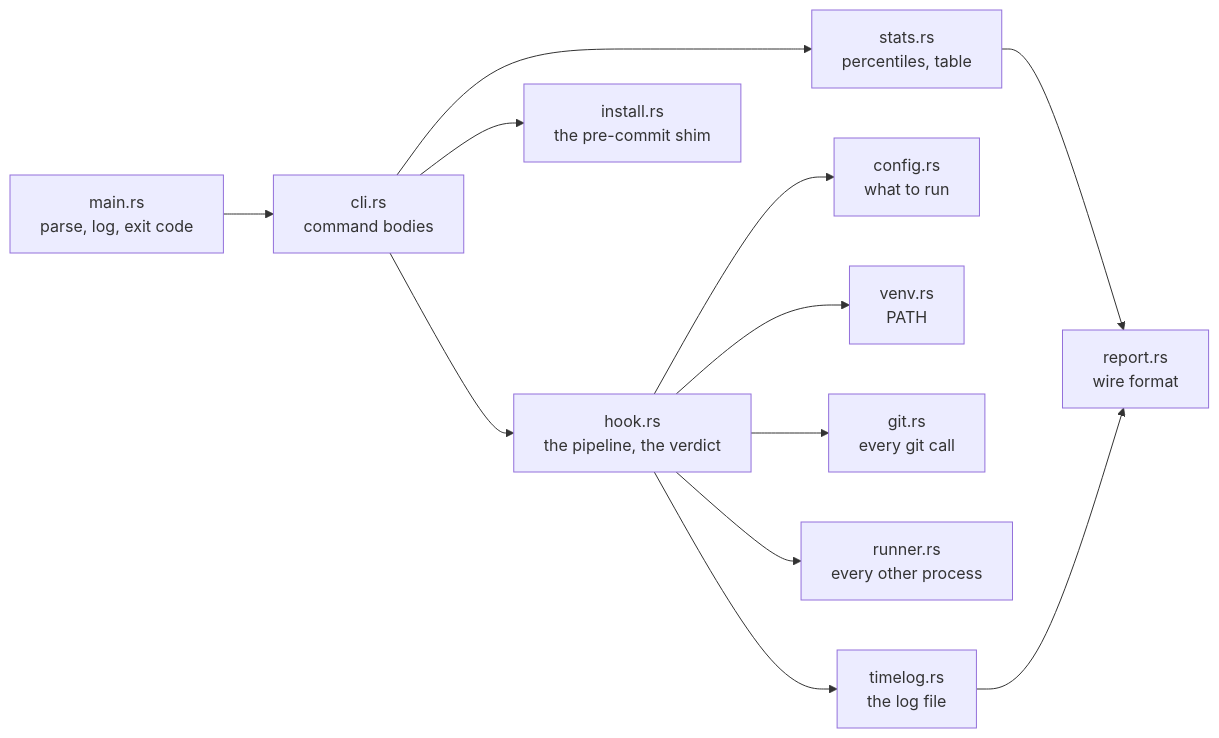
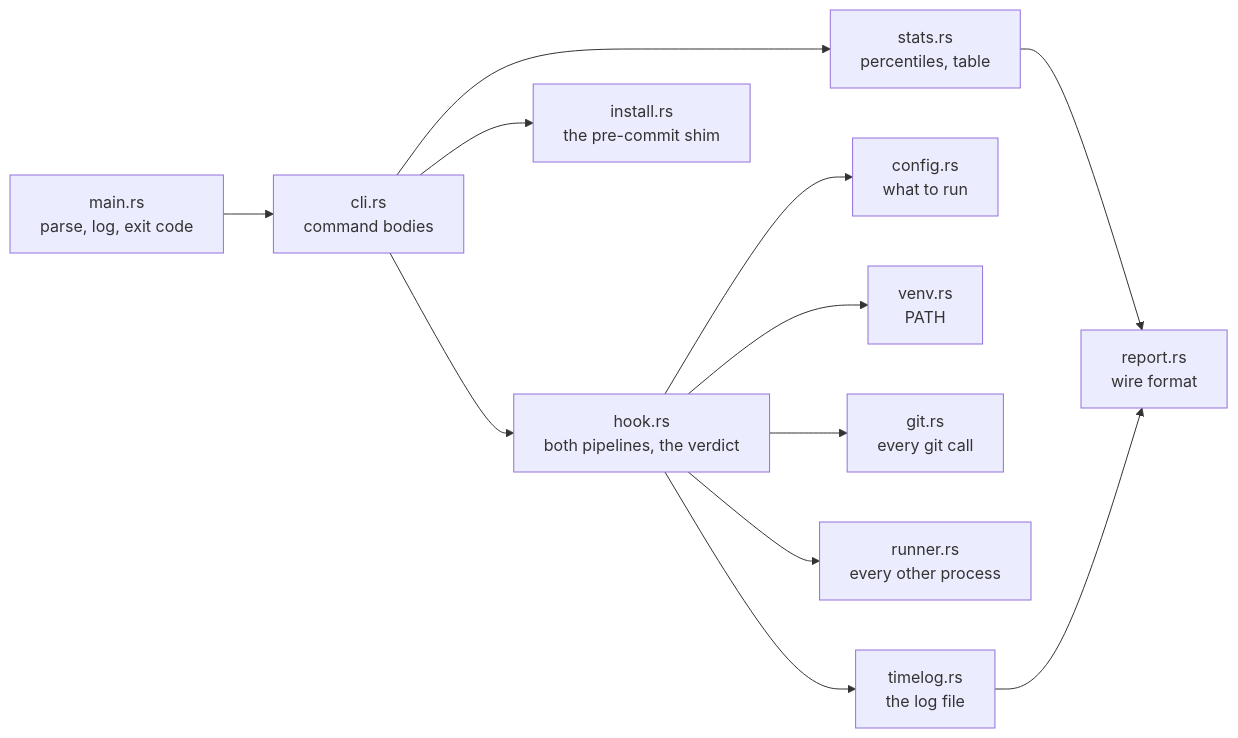
The third of 3 diagrams in docs/src/how-it-works.md (mojzis/madoqua), drawn with Mermaid before and after one commit. The commit also changed other lines of this file and 22 other files, not shown here.

````diff
--- a/docs/src/how-it-works.md
+++ b/docs/src/how-it-works.md
@@ -34,14 +56,14 @@
 ```mermaid
 flowchart LR
     main[main.rs<br/>parse, log, exit code] --> cli[cli.rs<br/>command bodies]
-    cli --> hook[hook.rs<br/>the pipeline, the verdict]
+    cli --> hook[hook.rs<br/>both pipelines, the verdict]
     cli --> stats[stats.rs<br/>percentiles, table]
     cli --> install[install.rs<br/>the pre-commit shim]
     hook --> config[config.rs<br/>what to run]
     hook --> venv[venv.rs<br/>PATH]
     hook --> git[git.rs<br/>every git call]
     hook --> runner[runner.rs<br/>every other process]
     hook --> timelog[timelog.rs<br/>the log file]
     stats --> report[report.rs<br/>wire format]
     timelog --> report
 ```
````
